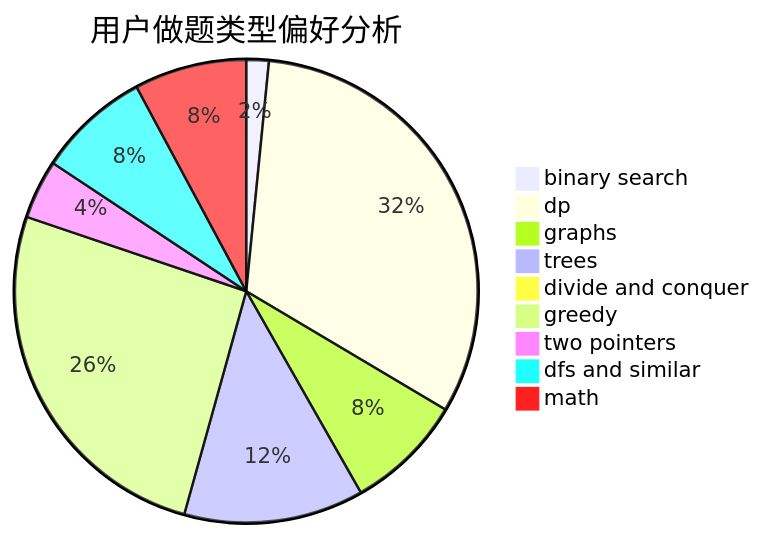
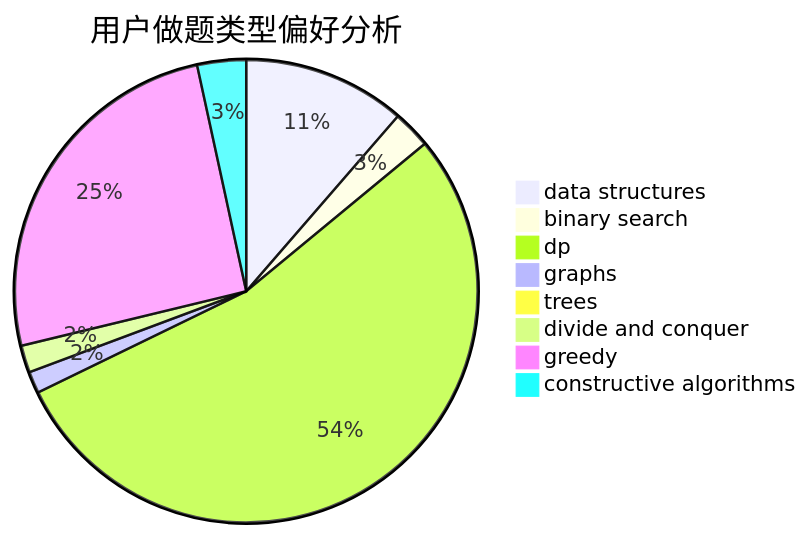
The second of 3 diagrams in docs/user/u759.md (sherpahu/cfrs.github.io), drawn with Mermaid before and after one commit. The commit also changed other lines of this file and 2775 other files, not shown here.

````diff
--- a/docs/user/u759.md
+++ b/docs/user/u759.md
@@ -23,12 +23,11 @@
 ```mermaid
 pie title 用户做题类型偏好分析
-    "binary search" :  8
-    "dp" :  163
-    "graphs" :  42
-    "trees" :  64
+    "data structures" :  30
+    "binary search" :  7
+    "dp" :  142
+    "graphs" :  4
+    "trees" :  0
     "divide and conquer" :  5
-    "greedy" :  132
-    "two pointers" :  21
-    "dfs and similar" :  40
-    "math" :  40
+    "greedy" :  67
+    "constructive algorithms" :  9
 ```
````
